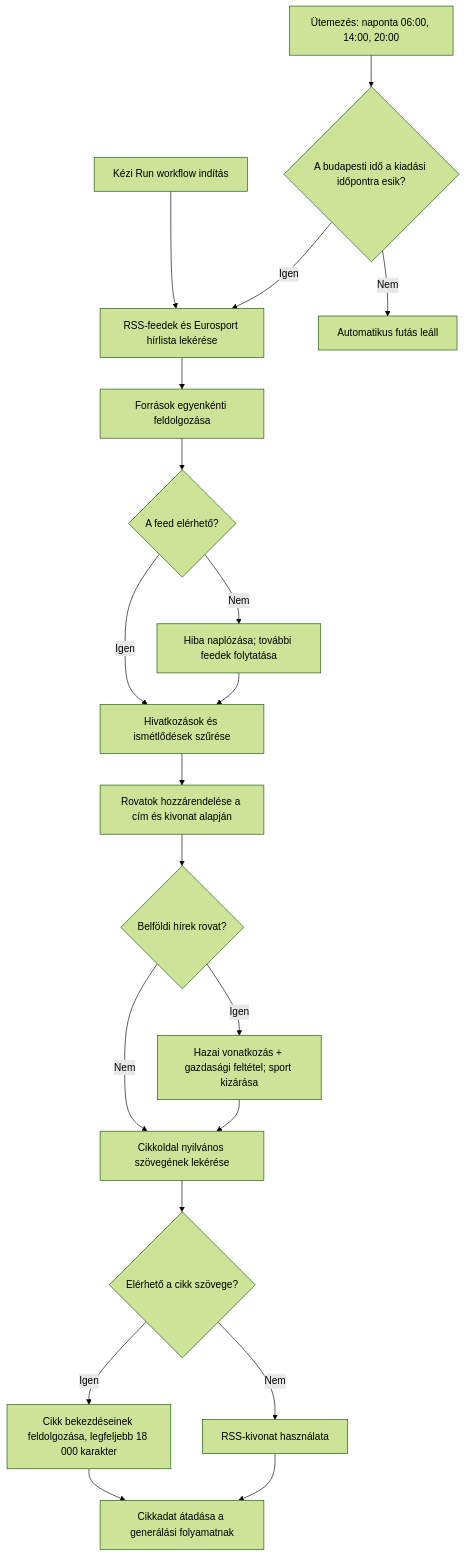
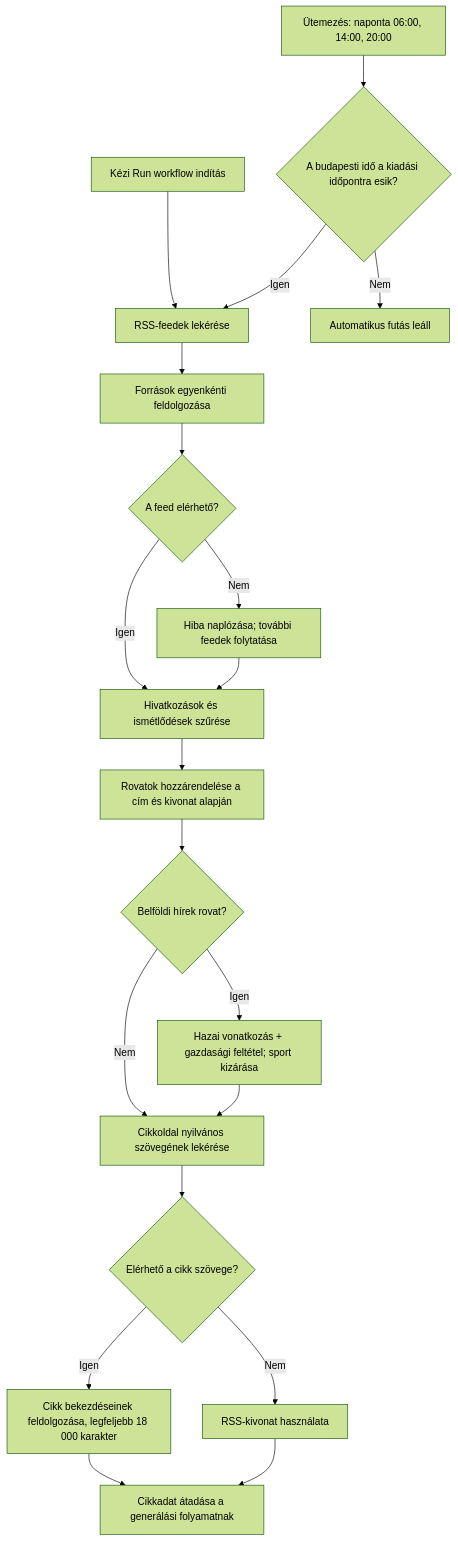
One commit to ngynrbrt-prog/nanonews changed the second of 5 diagrams in Dokumentumok/NANONews-mukodesi-leiras.md. Above: the diagram before and after it, drawn with Mermaid (forest theme). The commit also changed other lines of this file, not shown here.

````diff
--- a/Dokumentumok/NANONews-mukodesi-leiras.md
+++ b/Dokumentumok/NANONews-mukodesi-leiras.md
@@ -107,22 +104,22 @@
 ```mermaid
 flowchart TD
   schedule["Ütemezés: naponta 06:00, 14:00, 20:00"] --> timecheck{"A budapesti idő a kiadási időpontra esik?"}
-  manual["Kézi Run workflow indítás"] --> fetch["RSS-feedek és Eurosport hírlista lekérése"]
+  manual["Kézi Run workflow indítás"] --> fetch["RSS-feedek lekérése"]
   timecheck -->|Igen| fetch
   timecheck -->|Nem| stop["Automatikus futás leáll"]
   fetch --> feeds["Források egyenkénti feldolgozása"]
   feeds --> available{"A feed elérhető?"}
   available -->|Nem| log["Hiba naplózása; további feedek folytatása"]
   available -->|Igen| dedupe["Hivatkozások és ismétlődések szűrése"]
   log --> dedupe
   dedupe --> topics["Rovatok hozzárendelése a cím és kivonat alapján"]
   topics --> domestic{"Belföldi hírek rovat?"}
   domestic -->|Igen| econ["Hazai vonatkozás + gazdasági feltétel; sport kizárása"]
   domestic -->|Nem| article["Cikkoldal nyilvános szövegének lekérése"]
   econ --> article
   article --> body{"Elérhető a cikk szövege?"}
   body -->|Igen| full["Cikk bekezdéseinek feldolgozása, legfeljebb 18 000 karakter"]
   body -->|Nem| excerpt["RSS-kivonat használata"]
   full --> prepare["Cikkadat átadása a generálási folyamatnak"]
   excerpt --> prepare
 ```
````
